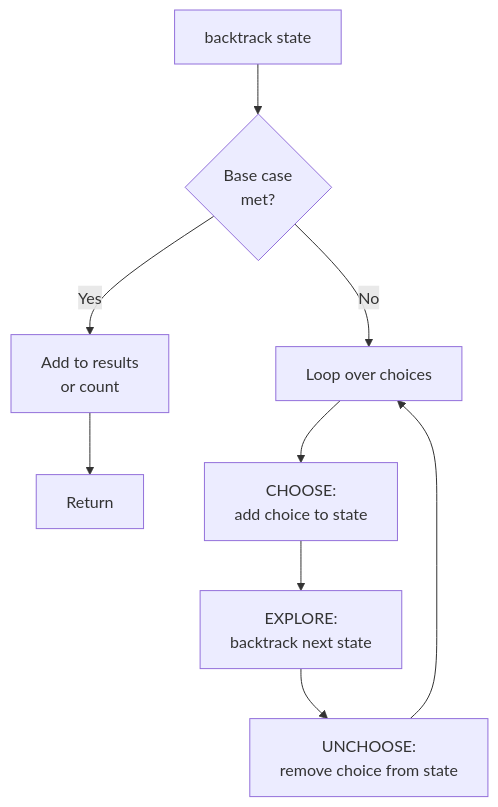
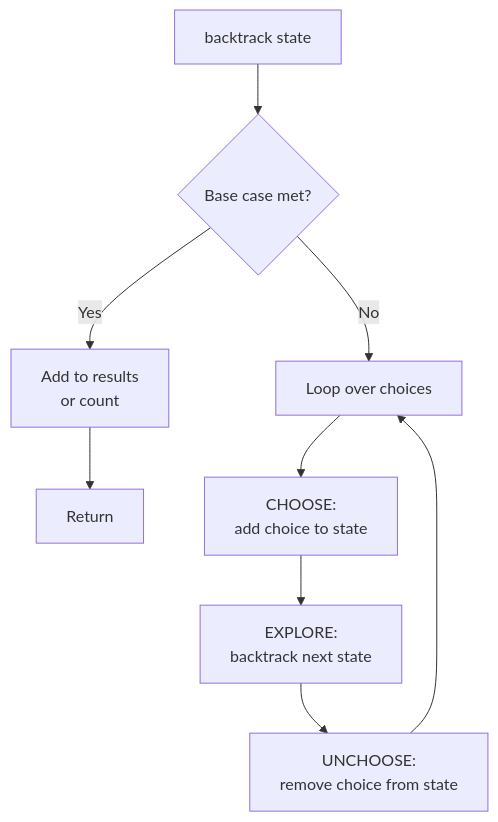
One commit to deepanshu-rawat6/AlgoAtlas changed the second of 7 diagrams in backtracking/README.md. Above: the diagram before and after it, drawn with Mermaid. The commit also changed other lines of this file and 43 other files, not shown here.

````diff
--- a/backtracking/README.md
+++ b/backtracking/README.md
@@ -70,11 +70,11 @@
 ```mermaid
 flowchart TD
-    A[backtrack state] --> B{Base case<br>met?}
+    A[backtrack state] --> B{"Base case met?"}
     B -- Yes --> C[Add to results<br>or count]
     B -- No --> D[Loop over choices]
     D --> E[CHOOSE:<br>add choice to state]
     E --> F[EXPLORE:<br>backtrack next state]
     F --> G[UNCHOOSE:<br>remove choice from state]
     G --> D
     C --> H[Return]
 ```
````
